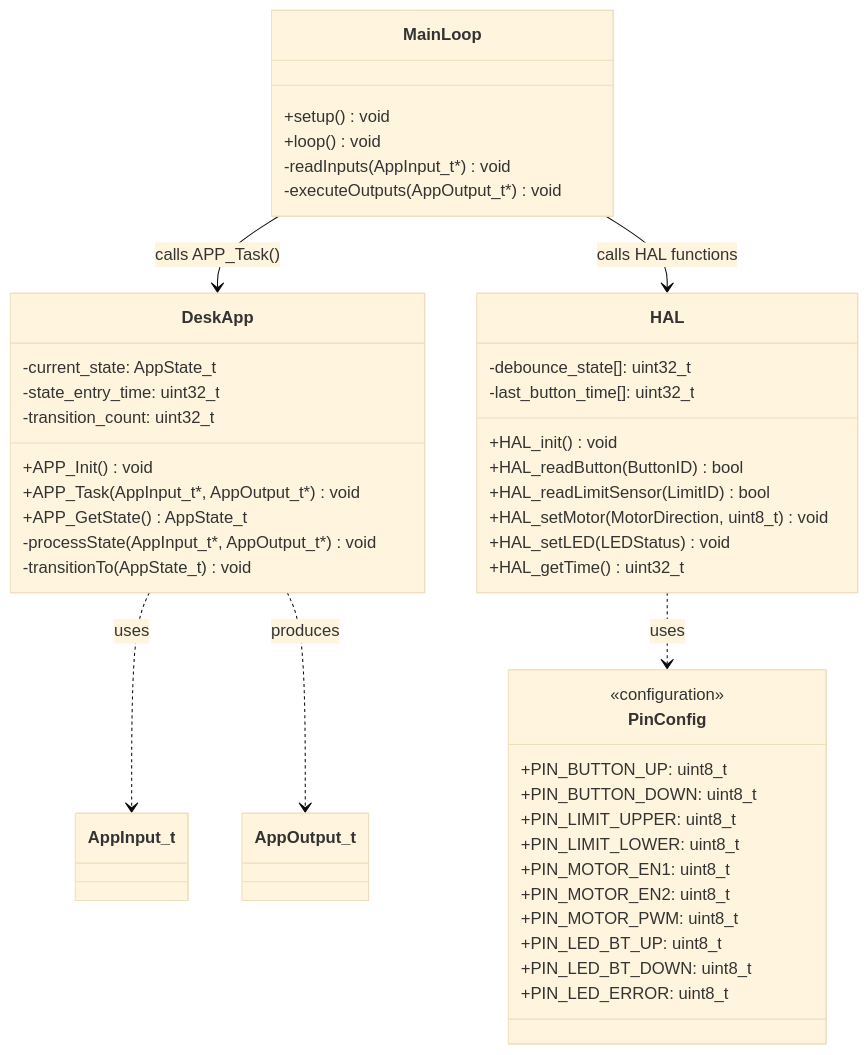
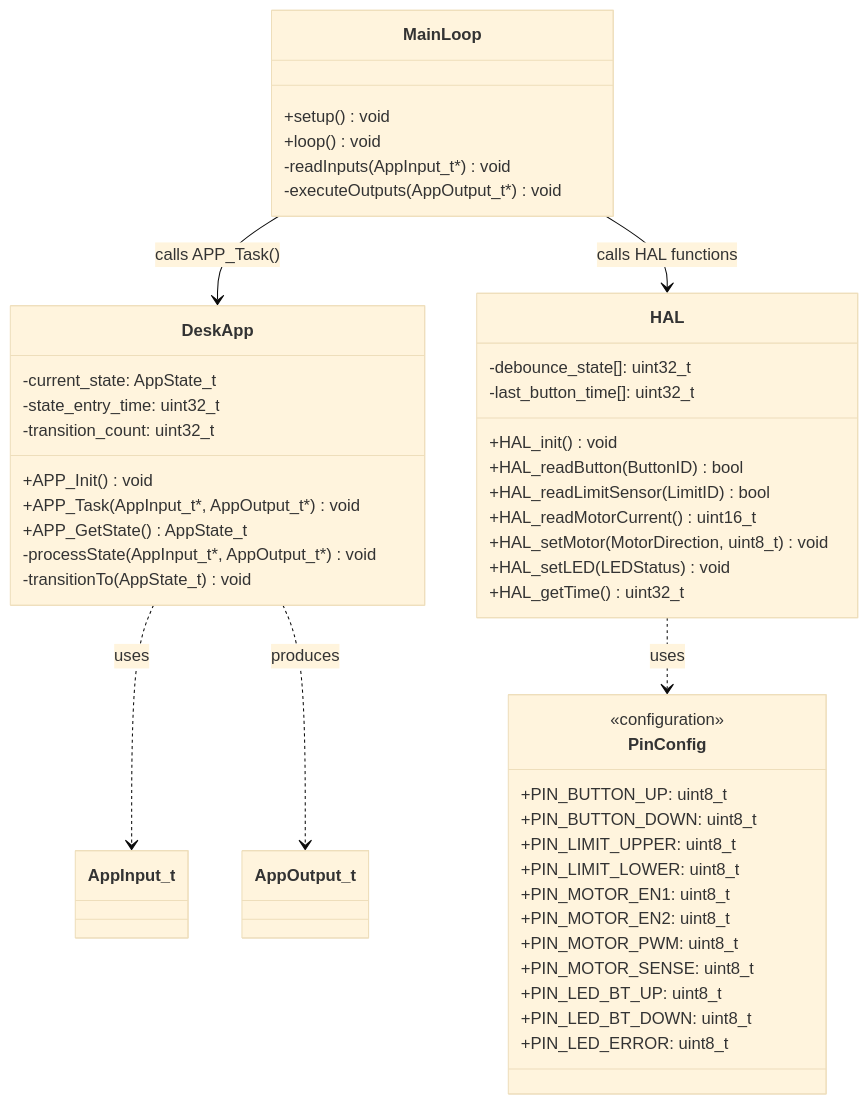
The first of 2 diagrams in documentation/06_DetailedDesign.md (aperico/deskautomation), drawn with Mermaid (base theme) before and after one commit. The commit also changed other lines of this file and 31 other files, not shown here.

First line of the commit message:
feat: Implement motor current sensing and fault detection

````diff
--- a/documentation/06_DetailedDesign.md
+++ b/documentation/06_DetailedDesign.md
@@ -31,51 +31,53 @@
 ```mermaid
 classDiagram
     class PinConfig {
         <<configuration>>
         +PIN_BUTTON_UP: uint8_t
         +PIN_BUTTON_DOWN: uint8_t
         +PIN_LIMIT_UPPER: uint8_t
         +PIN_LIMIT_LOWER: uint8_t
         +PIN_MOTOR_EN1: uint8_t
         +PIN_MOTOR_EN2: uint8_t
         +PIN_MOTOR_PWM: uint8_t
+        +PIN_MOTOR_SENSE: uint8_t
         +PIN_LED_BT_UP: uint8_t
         +PIN_LED_BT_DOWN: uint8_t
         +PIN_LED_ERROR: uint8_t
     }
     
     class HAL {
         -debounce_state[]: uint32_t
         -last_button_time[]: uint32_t
         +HAL_init() void
         +HAL_readButton(ButtonID) bool
         +HAL_readLimitSensor(LimitID) bool
+        +HAL_readMotorCurrent() uint16_t
         +HAL_setMotor(MotorDirection, uint8_t) void
         +HAL_setLED(LEDStatus) void
         +HAL_getTime() uint32_t
     }
     
     class DeskApp {
         -current_state: AppState_t
         -state_entry_time: uint32_t
         -transition_count: uint32_t
         +APP_Init() void
         +APP_Task(AppInput_t*, AppOutput_t*) void
         +APP_GetState() AppState_t
         -processState(AppInput_t*, AppOutput_t*) void
         -transitionTo(AppState_t) void
     }
     
     class MainLoop {
         +setup() void
         +loop() void
         -readInputs(AppInput_t*) void
         -executeOutputs(AppOutput_t*) void
     }
     
     MainLoop --> DeskApp : calls APP_Task()
     MainLoop --> HAL : calls HAL functions
     DeskApp ..> AppInput_t : uses
     DeskApp ..> AppOutput_t : produces
     HAL ..> PinConfig : uses
 ```
````
